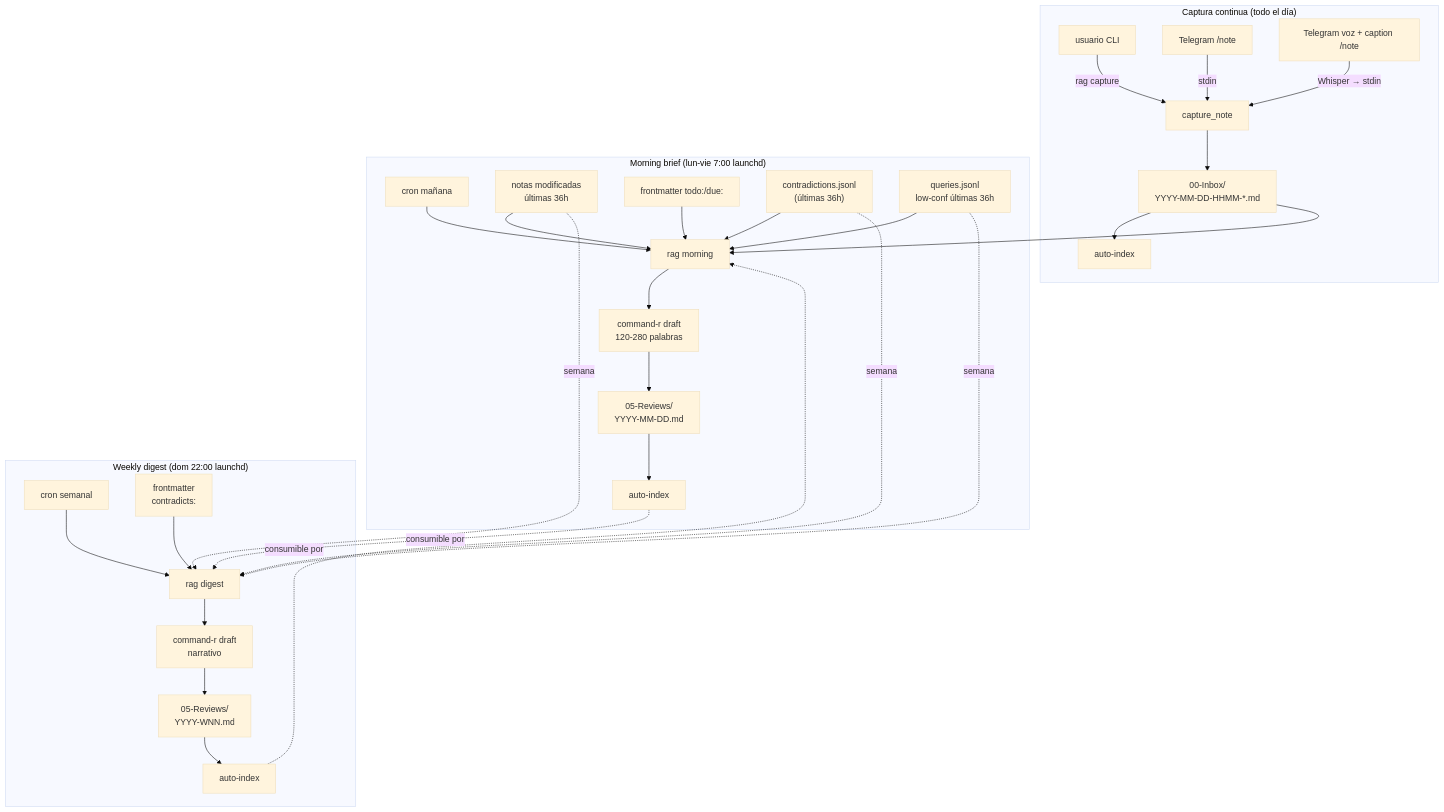
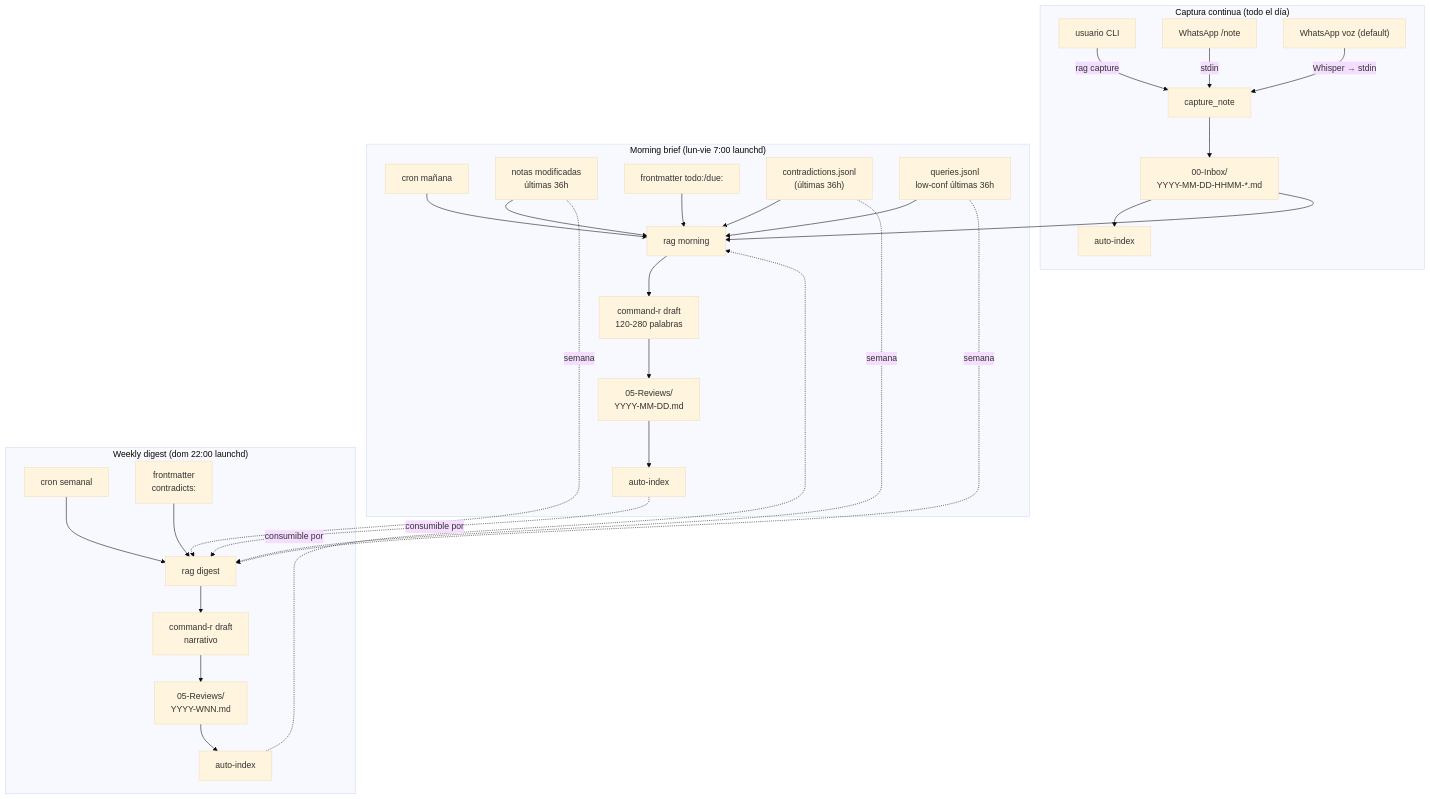
Before and after one commit to jagoff/rag-obsidian: the sixth of 13 diagrams in docs/SYSTEM.md, drawn with Mermaid (base theme). The commit also changed other lines of this file and 8 other files, not shown here.

First line of the commit message:
docs: reflejar migración Telegram → WhatsApp

````diff
--- a/docs/SYSTEM.md
+++ b/docs/SYSTEM.md
@@ -329,36 +329,36 @@
 ```mermaid
 graph TB
     subgraph "Captura continua (todo el día)"
         U1[usuario CLI] -->|rag capture| CAP[capture_note]
-        TG1["Telegram /note"] -->|stdin| CAP
-        TG2["Telegram voz + caption /note"] -->|Whisper → stdin| CAP
+        WA1["WhatsApp /note"] -->|stdin| CAP
+        WA2["WhatsApp voz (default)"] -->|Whisper → stdin| CAP
         CAP --> IBX["00-Inbox/<br/>YYYY-MM-DD-HHMM-*.md"]
         IBX --> IDX1[auto-index]
     end
 
     subgraph "Morning brief (lun-vie 7:00 launchd)"
         CRON1[cron mañana] --> MORN[rag morning]
         IBX --> MORN
         MOD["notas modificadas<br/>últimas 36h"] --> MORN
         TODOS["frontmatter todo:/due:"] --> MORN
         L1["contradictions.jsonl<br/>(últimas 36h)"] --> MORN
         LC["queries.jsonl<br/>low-conf últimas 36h"] --> MORN
         MORN --> DRAFT1[command-r draft<br/>120-280 palabras]
         DRAFT1 --> OUT1["05-Reviews/<br/>YYYY-MM-DD.md"]
         OUT1 --> IDX2[auto-index]
     end
 
     subgraph "Weekly digest (dom 22:00 launchd)"
         CRON2[cron semanal] --> DIG[rag digest]
         MOD -.semana.-> DIG
         L1 -.semana.-> DIG
         FMC["frontmatter<br/>contradicts:"] --> DIG
         LC -.semana.-> DIG
         DIG --> DRAFT2[command-r draft<br/>narrativo]
         DRAFT2 --> OUT2["05-Reviews/<br/>YYYY-WNN.md"]
         OUT2 --> IDX3[auto-index]
     end
 
     IDX2 -. consumible por .-> DIG
     IDX3 -. consumible por .-> MORN
 ```
````
